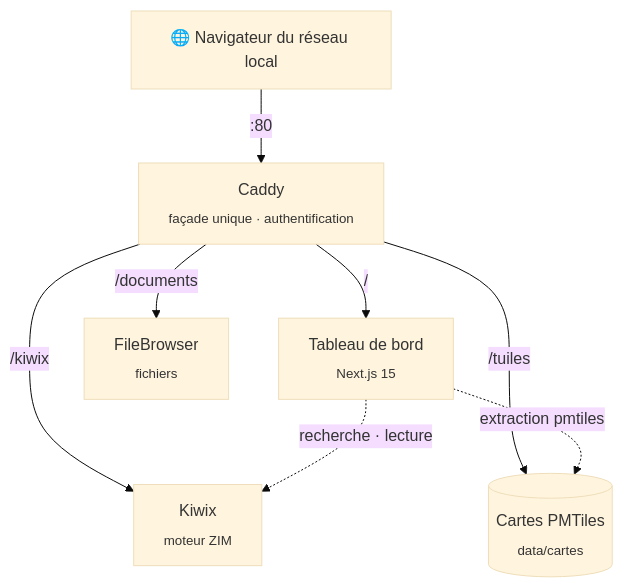
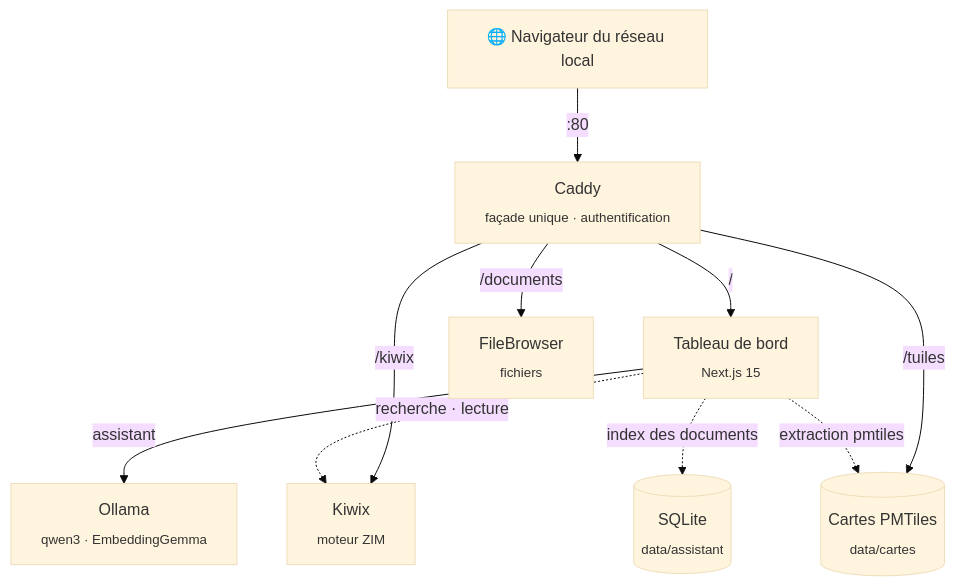
One commit to Gorgo126/ODIN changed the second of 2 diagrams in README.md. Above: the diagram before and after it, drawn with Mermaid (base theme). The commit also changed other lines of this file, not shown here.

Commit message:
README : l'assistant, ses trois sources, ses réglages et l'option /assistant?debug=1

````diff
--- a/README.md
+++ b/README.md
@@ -95,11 +137,13 @@
 ```mermaid
 flowchart TB
     N["🌐 Navigateur du réseau local"] -->|":80"| CA
     CA["Caddy<br/><sub>façade unique · authentification</sub>"]
     CA -->|"/"| D["Tableau de bord<br/><sub>Next.js 15</sub>"]
     CA -->|"/kiwix"| K["Kiwix<br/><sub>moteur ZIM</sub>"]
     CA -->|"/documents"| F["FileBrowser<br/><sub>fichiers</sub>"]
     CA -->|"/tuiles"| T[("Cartes PMTiles<br/><sub>data/cartes</sub>")]
+    D -->|"assistant"| O["Ollama<br/><sub>qwen3 · EmbeddingGemma</sub>"]
     D -.->|"recherche · lecture"| K
     D -.->|"extraction pmtiles"| T
+    D -.->|"index des documents"| I[("SQLite<br/><sub>data/assistant</sub>")]
 ```
````
